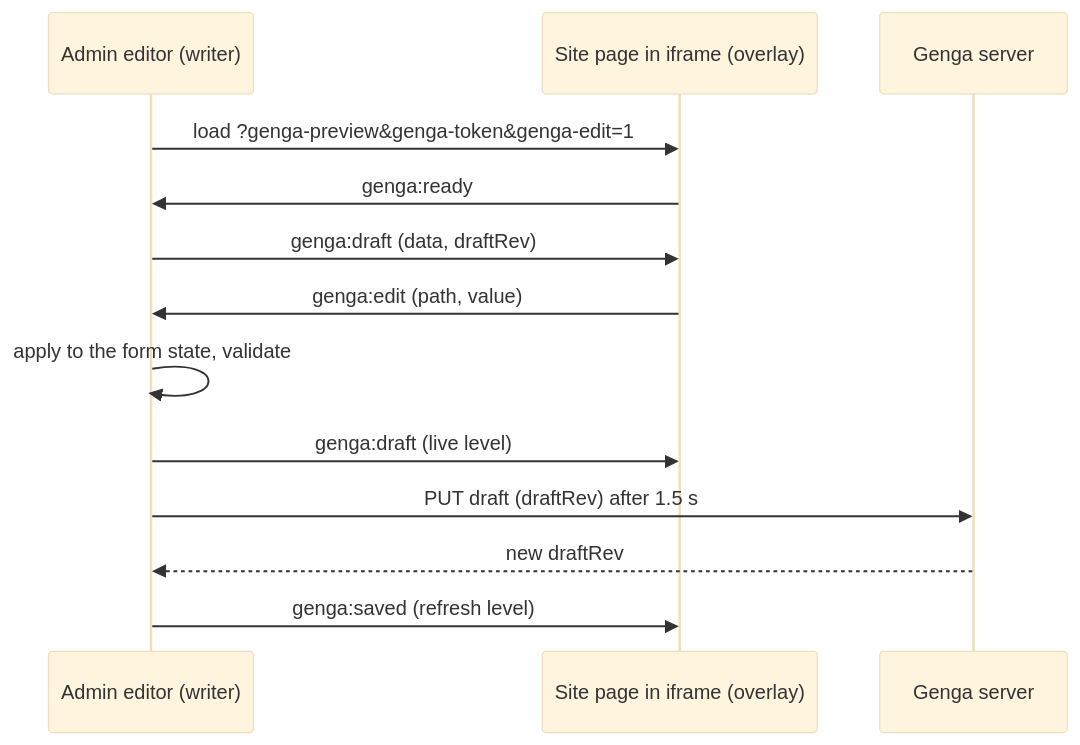
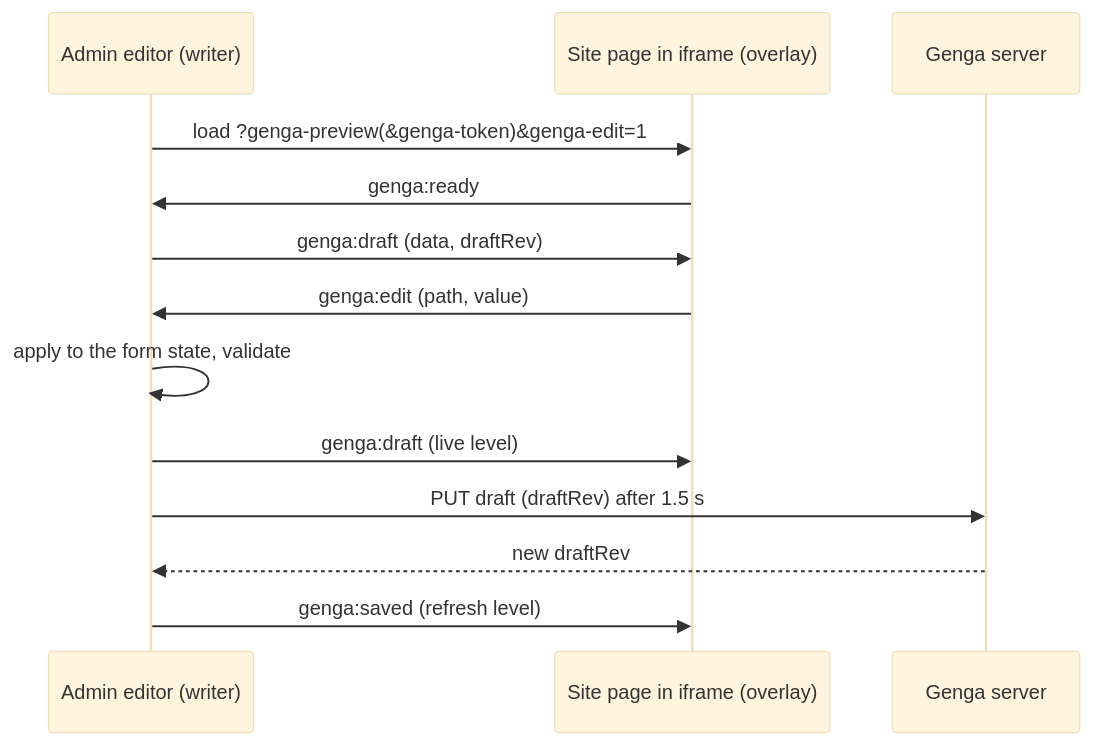
The diagram in docs/on-site-editing.md (sakuga-software/genga), drawn with Mermaid (base theme) before and after one commit. The commit also changed other lines of this file and 1 other file, not shown here.

````diff
--- a/docs/on-site-editing.md
+++ b/docs/on-site-editing.md
@@ -56,15 +55,15 @@
 ```mermaid
 sequenceDiagram
   participant A as Admin editor (writer)
   participant F as Site page in iframe (overlay)
   participant S as Genga server
-  A->>F: load ?genga-preview&genga-token&genga-edit=1
+  A->>F: load ?genga-preview(&genga-token)&genga-edit=1
   F->>A: genga:ready
   A->>F: genga:draft (data, draftRev)
   F->>A: genga:edit (path, value)
   A->>A: apply to the form state, validate
   A->>F: genga:draft (live level)
   A->>S: PUT draft (draftRev) after 1.5 s
   S-->>A: new draftRev
   A->>F: genga:saved (refresh level)
 ```
````
